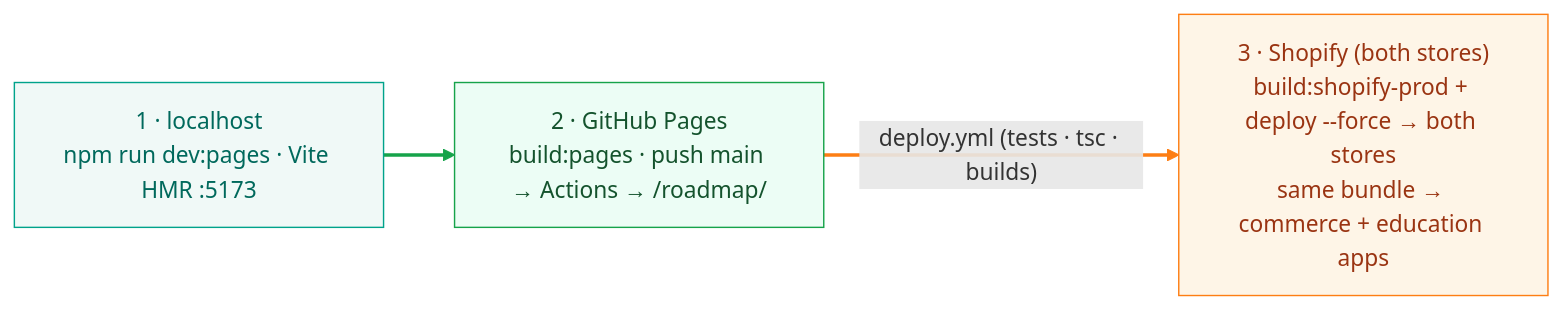
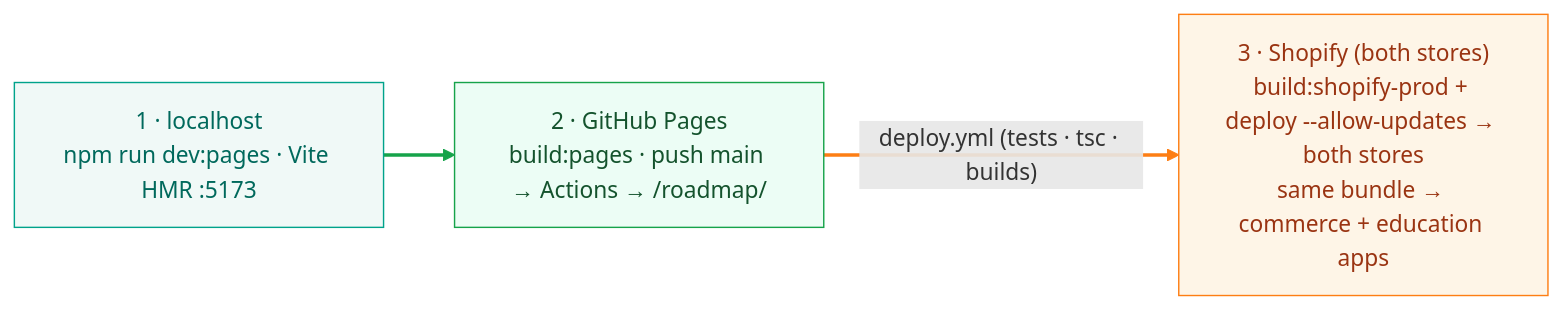
Before and after one commit to DrBradStanfield/roadmap: the first of 2 diagrams in docs/architecture-v2/ops-deployment.md, drawn with Mermaid. The commit also changed other lines of this file and 3 other files, not shown here.

First line of the commit message:
docs: the other four places that said shopify app deploy --force

````diff
--- a/docs/architecture-v2/ops-deployment.md
+++ b/docs/architecture-v2/ops-deployment.md
@@ -45,13 +45,13 @@
 ```mermaid
 flowchart LR
   P1["1 · localhost<br/>npm run dev:pages · Vite HMR :5173"] --> P2["2 · GitHub Pages<br/>build:pages · push main → Actions → /roadmap/"]
-  P2 -->|"deploy.yml (tests · tsc · builds)"| P3["3 · Shopify (both stores)<br/>build:shopify-prod + deploy --force → both stores<br/>same bundle → commerce + education apps"]
+  P2 -->|"deploy.yml (tests · tsc · builds)"| P3["3 · Shopify (both stores)<br/>build:shopify-prod + deploy --allow-updates → both stores<br/>same bundle → commerce + education apps"]
   linkStyle 0 stroke:#16a34a,stroke-width:2.5px
   linkStyle 1 stroke:#fd7e14,stroke-width:2.5px
   classDef teal fill:#f0f9f7,stroke:#00a38b,color:#00695c
   classDef green fill:#ecfdf5,stroke:#16a34a,color:#14532d
   classDef orange fill:#fef5e7,stroke:#fd7e14,color:#9a3412
   class P1 teal
   class P2 green
   class P3 orange
 ```
````
